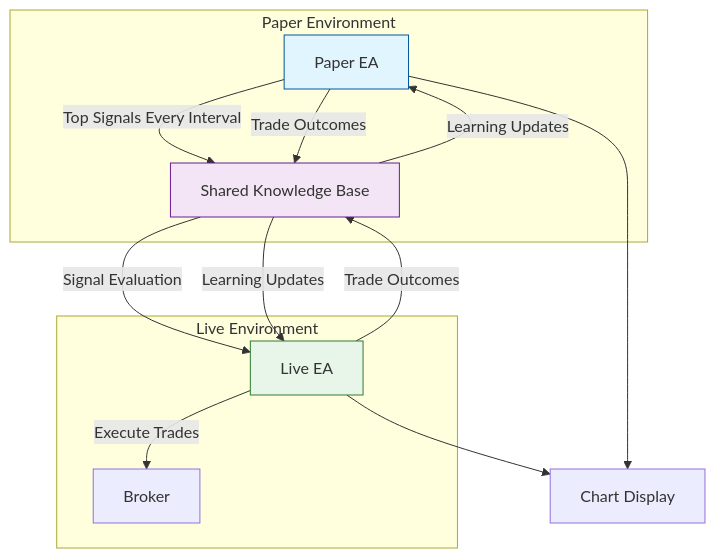
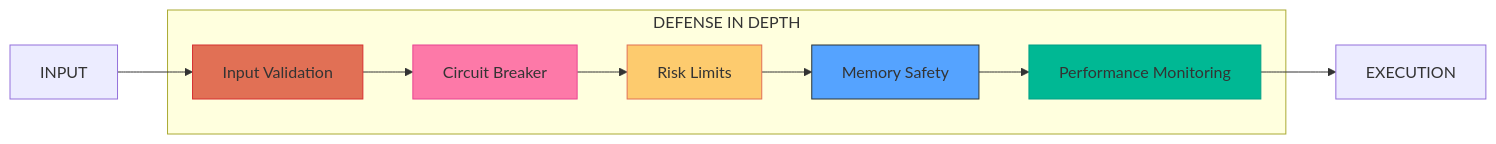
Before and after one commit to luvisemoney/Ultimate: the second of 2 diagrams in Experts/EscapeEA/README.md, drawn with Mermaid. The commit also changed other lines of this file and 228 other files, not shown here.

````diff
--- a/Experts/EscapeEA/README.md
+++ b/Experts/EscapeEA/README.md
@@ -8,22 +78,23 @@
 ```mermaid
-graph TD
-    subgraph Paper Environment
-        A[Paper EA] -->|Top Signals Every Interval| C[Shared Knowledge Base]
-        A -->|Trade Outcomes| C
+graph LR
+    subgraph "DEFENSE IN DEPTH"
+        L1[Input Validation]
+        L2[Circuit Breaker]
+        L3[Risk Limits]
+        L4[Memory Safety]
+        L5[Performance Monitoring]
     end
-
-    subgraph Live Environment
-        C -->|Signal Evaluation| B[Live EA]
-        B -->|Execute Trades| D[Broker]
-        B -->|Trade Outcomes| C
-    end
-
-    C -->|Learning Updates| A
-    C -->|Learning Updates| B
-
-    A & B --> E[Chart Display]
-
-    style A fill:#e1f5fe,stroke:#01579b
-    style B fill:#e8f5e9,stroke:#2e7d32
-    style C fill:#f3e5f5,stroke:#6a1b9a
+    
+    INPUT --> L1
+    L1 --> L2
+    L2 --> L3
+    L3 --> L4
+    L4 --> L5
+    L5 --> EXECUTION
+    
+    style L1 fill:#e17055,stroke:#d63031
+    style L2 fill:#fd79a8,stroke:#e84393
+    style L3 fill:#fdcb6e,stroke:#e17055
+    style L4 fill:#55a3ff,stroke:#2d3436
+    style L5 fill:#00b894,stroke:#00a085
 ```
````
